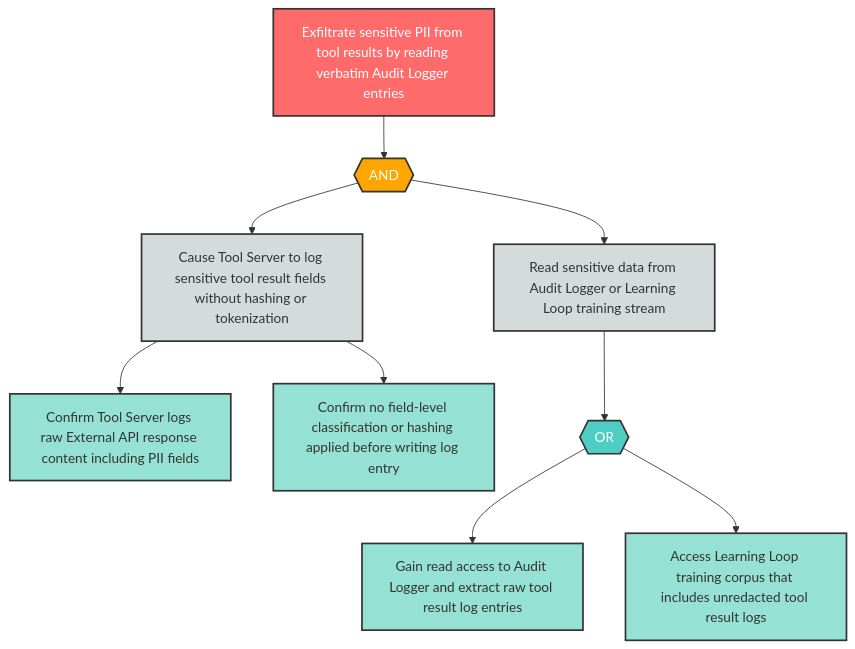
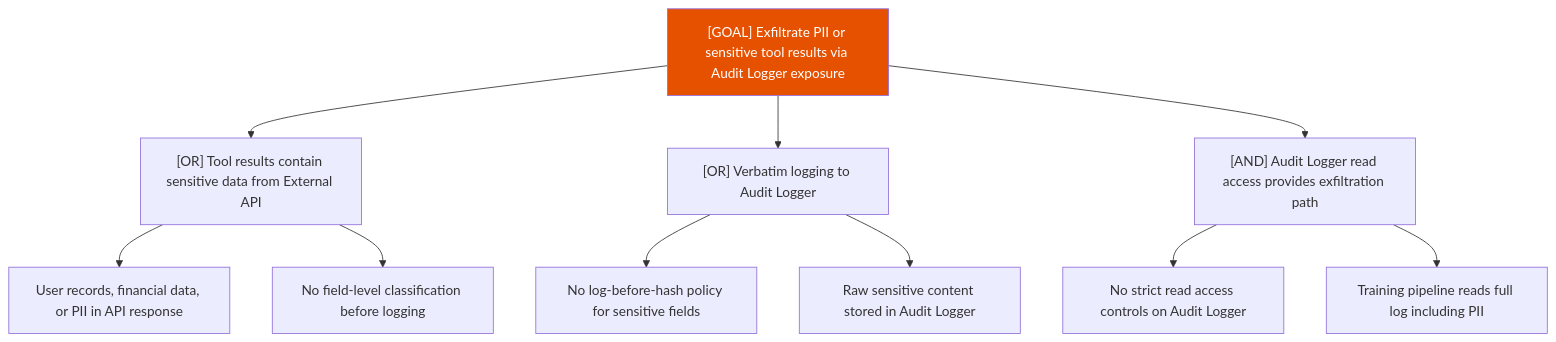
The diagram in examples/agentic-app/sample-report/attack-trees/i-5-attack-tree.md (q-qp-p/davidmatousek-tachi), drawn with Mermaid before and after one commit. The commit also changed other lines of this file and 132 other files, not shown here.

````diff
--- a/examples/agentic-app/sample-report/attack-trees/i-5-attack-tree.md
+++ b/examples/agentic-app/sample-report/attack-trees/i-5-attack-tree.md
@@ -8,33 +7,15 @@
 ```mermaid
-flowchart TD
-    I5_root["Exfiltrate sensitive PII from tool results by reading verbatim Audit Logger entries"]
-    I5_and1{{"AND"}}
-    I5_sub1["Cause Tool Server to log sensitive tool result fields without hashing or tokenization"]
-    I5_sub2["Read sensitive data from Audit Logger or Learning Loop training stream"]
-    I5_leaf1["Confirm Tool Server logs raw External API response content including PII fields"]
-    I5_leaf2["Confirm no field-level classification or hashing applied before writing log entry"]
-    I5_or1{{"OR"}}
-    I5_leaf3["Gain read access to Audit Logger and extract raw tool result log entries"]
-    I5_leaf4["Access Learning Loop training corpus that includes unredacted tool result logs"]
-
-    I5_root --> I5_and1
-    I5_and1 --> I5_sub1
-    I5_and1 --> I5_sub2
-    I5_sub1 --> I5_leaf1
-    I5_sub1 --> I5_leaf2
-    I5_sub2 --> I5_or1
-    I5_or1 --> I5_leaf3
-    I5_or1 --> I5_leaf4
-
-    classDef goal fill:#ff6b6b,stroke:#333,stroke-width:2px,color:#fff
-    classDef andGate fill:#ffa500,stroke:#333,stroke-width:2px,color:#fff
-    classDef orGate fill:#4ecdc4,stroke:#333,stroke-width:2px,color:#fff
-    classDef subGoal fill:#d5dbdb,stroke:#333,stroke-width:2px,color:#333
-    classDef leaf fill:#95e1d3,stroke:#333,stroke-width:2px,color:#333
-
-    class I5_root goal
-    class I5_and1 andGate
-    class I5_or1 orGate
-    class I5_sub1,I5_sub2 subGoal
-    class I5_leaf1,I5_leaf2,I5_leaf3,I5_leaf4 leaf
+graph TD
+    Goal["[GOAL] Exfiltrate PII or sensitive tool results via Audit Logger exposure"]
+    Goal --> A["[OR] Tool results contain sensitive data from External API"]
+    A --> A1["User records, financial data, or PII in API response"]
+    A --> A2["No field-level classification before logging"]
+    Goal --> B["[OR] Verbatim logging to Audit Logger"]
+    B --> B1["No log-before-hash policy for sensitive fields"]
+    B --> B2["Raw sensitive content stored in Audit Logger"]
+    Goal --> C["[AND] Audit Logger read access provides exfiltration path"]
+    C --> C1["No strict read access controls on Audit Logger"]
+    C --> C2["Training pipeline reads full log including PII"]
+    classDef high fill:#e65100,color:#fff
+    class Goal high
 ```
````
